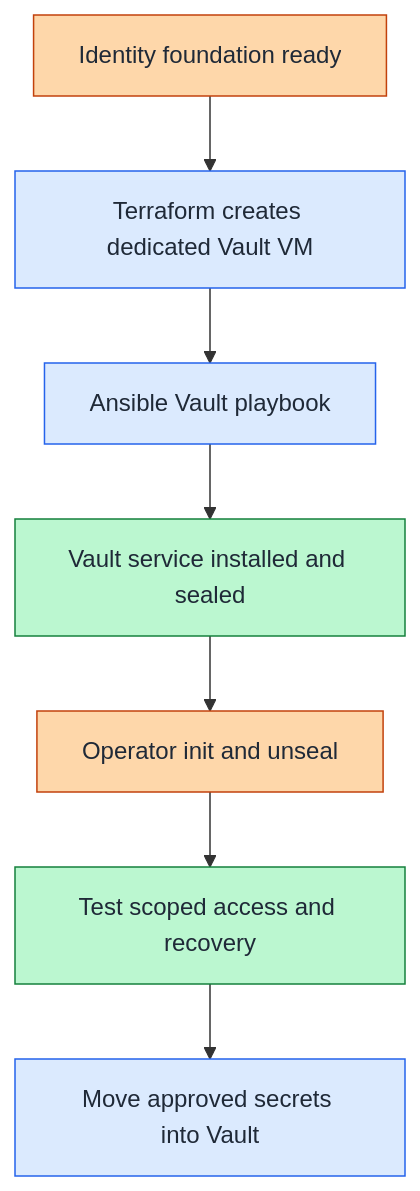
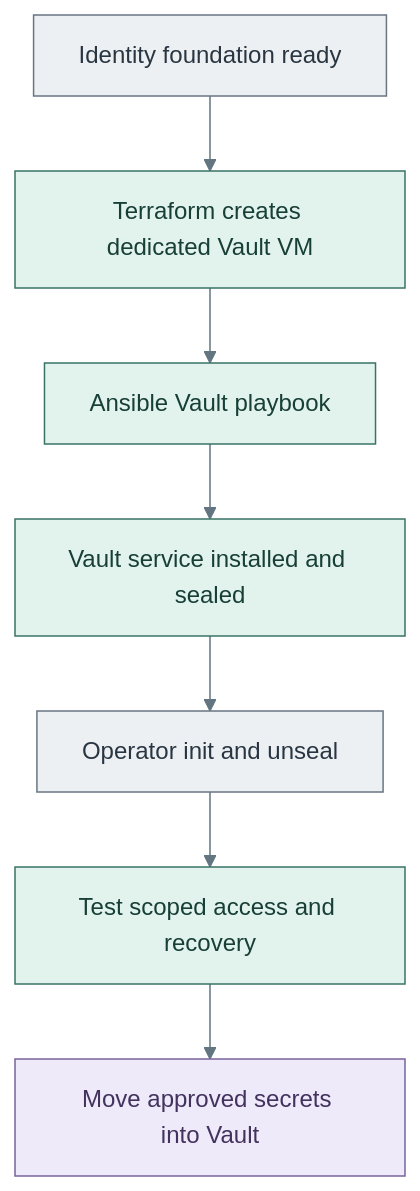
One commit to Rexus/homelab changed the diagram in docs/deployment/stage-4-control-services/step-2b-vault-vm.md. Above: the diagram before and after it, drawn with Mermaid. The commit also changed 49 other files, not shown here.

Commit message:
docs(diagrams): clarify tier layouts and visual styles

````diff
--- a/docs/deployment/stage-4-control-services/step-2b-vault-vm.md
+++ b/docs/deployment/stage-4-control-services/step-2b-vault-vm.md
@@ -32,17 +32,17 @@
 ```mermaid
+%%{init: {"theme":"base","themeVariables":{"lineColor":"#627581","edgeLabelBackground":"#f8fafc"}}}%%
 flowchart TB
   A[Identity foundation ready] --> B[Terraform creates dedicated Vault VM]
   B --> C[Ansible Vault playbook]
   C --> D[Vault service installed and sealed]
   D --> E[Operator init and unseal]
   E --> F[Test scoped access and recovery]
   F --> G[Move approved secrets into Vault]
-
-  classDef mgmtNode fill:#fed7aa,stroke:#c2410c,color:#1f2937
-  classDef buildNode fill:#dbeafe,stroke:#2563eb,color:#1f2937
-  classDef vaultNode fill:#bbf7d0,stroke:#15803d,color:#1f2937
-
-  class A,E mgmtNode
-  class B,C,G buildNode
-  class D,F vaultNode
+  classDef default fill:#f8fafc,stroke:#64748b,color:#1f2937
+  classDef actor fill:#edf0f3,stroke:#697682,color:#293642
+  classDef control fill:#e2f3ed,stroke:#397366,color:#173f36
+  classDef data fill:#eeeafa,stroke:#78639b,color:#42325d
+  class A,E actor
+  class B,C,D,F control
+  class G data
 ```
````
